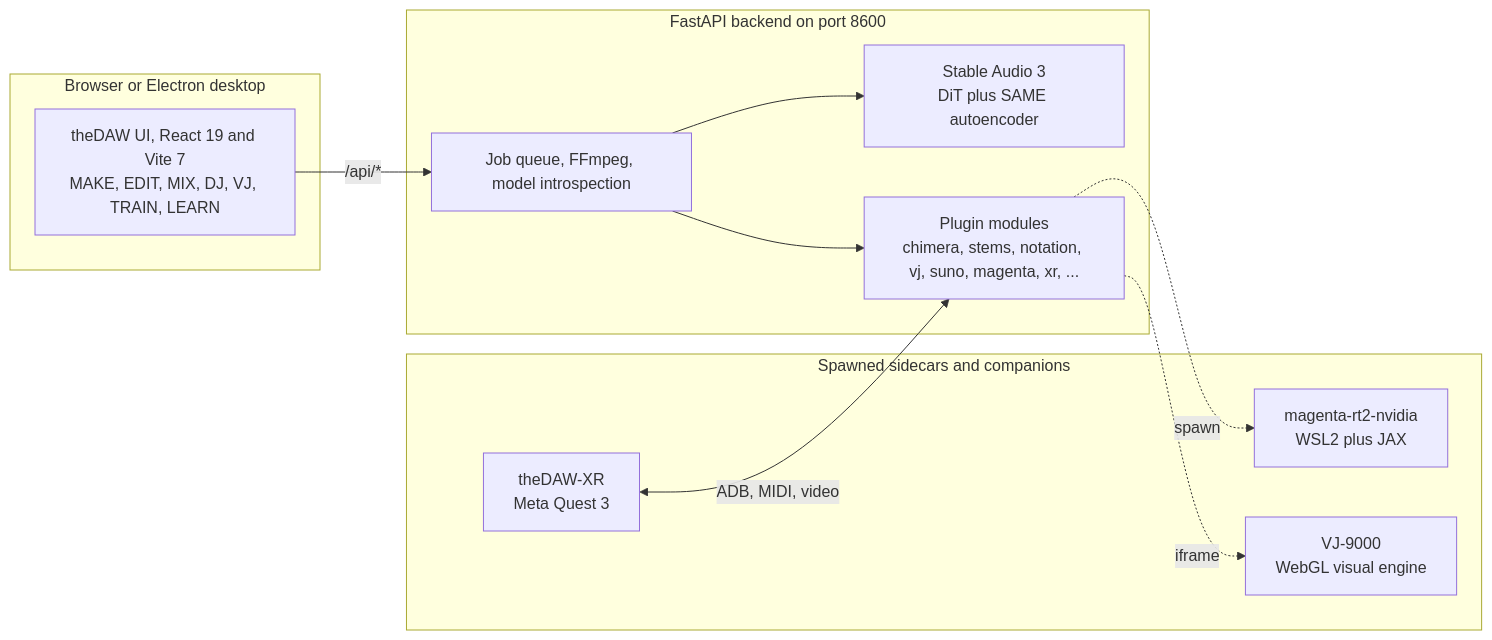
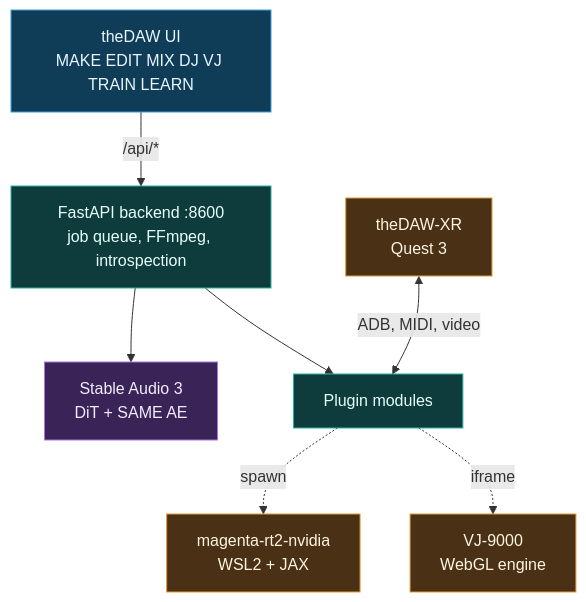
One commit to danieljtrujillo/theDAW changed the first of 3 diagrams in README.md. Above: the diagram before and after it, drawn with Mermaid. The commit also changed other lines of this file and 18 other files, not shown here.

Commit message:
docs: TD colored charts, master dataflow page + wiki nav, single-word section names, resolve readme/docs audit (25 gaps)

````diff
--- a/README.md
+++ b/README.md
@@ -82,22 +84,20 @@
 ```mermaid
-flowchart LR
-  subgraph Client["Browser or Electron desktop"]
-    UI["theDAW UI, React 19 and Vite 7<br/>MAKE, EDIT, MIX, DJ, VJ, TRAIN, LEARN"]
-  end
-  subgraph Server["FastAPI backend on port 8600"]
-    API["Job queue, FFmpeg, model introspection"]
-    SA3["Stable Audio 3<br/>DiT plus SAME autoencoder"]
-    MODS["Plugin modules<br/>chimera, stems, notation, vj, suno, magenta, xr, ..."]
-  end
-  subgraph Sidecars["Spawned sidecars and companions"]
-    MRT2["magenta-rt2-nvidia<br/>WSL2 plus JAX"]
-    VJ["VJ-9000<br/>WebGL visual engine"]
-    XR["theDAW-XR<br/>Meta Quest 3"]
-  end
-  UI -->|"/api/*"| API
+flowchart TD
+  UI["theDAW UI<br/>MAKE EDIT MIX DJ VJ TRAIN LEARN"]:::in
+  API["FastAPI backend :8600<br/>job queue, FFmpeg, introspection"]:::proc
+  SA3["Stable Audio 3<br/>DiT + SAME AE"]:::eng
+  MODS["Plugin modules"]:::proc
+  MRT2["magenta-rt2-nvidia<br/>WSL2 + JAX"]:::side
+  VJ["VJ-9000<br/>WebGL engine"]:::side
+  XR["theDAW-XR<br/>Quest 3"]:::side
+  UI -->|/api/*| API
   API --> SA3
   API --> MODS
   MODS -. spawn .-> MRT2
   MODS -. iframe .-> VJ
-  XR <-->|"ADB, MIDI, video"| MODS
+  XR <-->|ADB, MIDI, video| MODS
+  classDef in fill:#0f3d57,stroke:#3aa0db,color:#eaf6ff;
+  classDef eng fill:#3a2356,stroke:#a877e0,color:#f3ecff;
+  classDef proc fill:#0e3b3b,stroke:#2bb3a3,color:#e6fffb;
+  classDef side fill:#4a3115,stroke:#e09a3a,color:#fff4e3;
 ```
````
